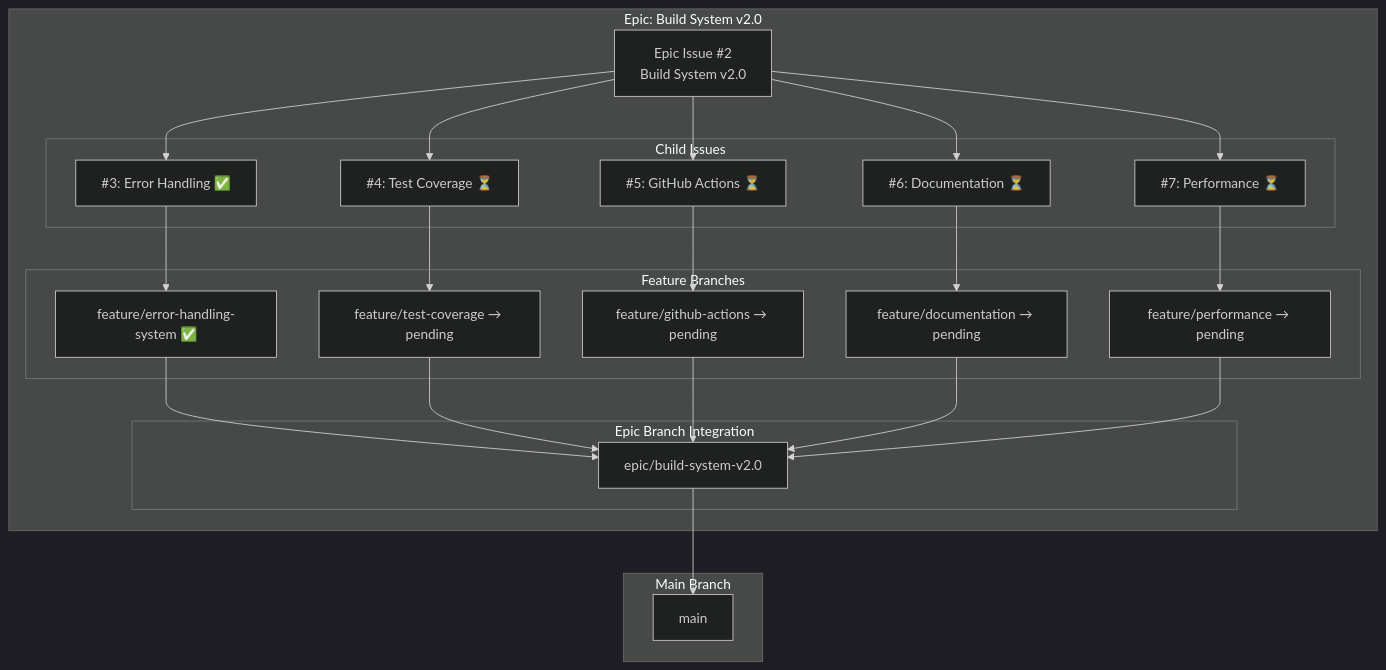
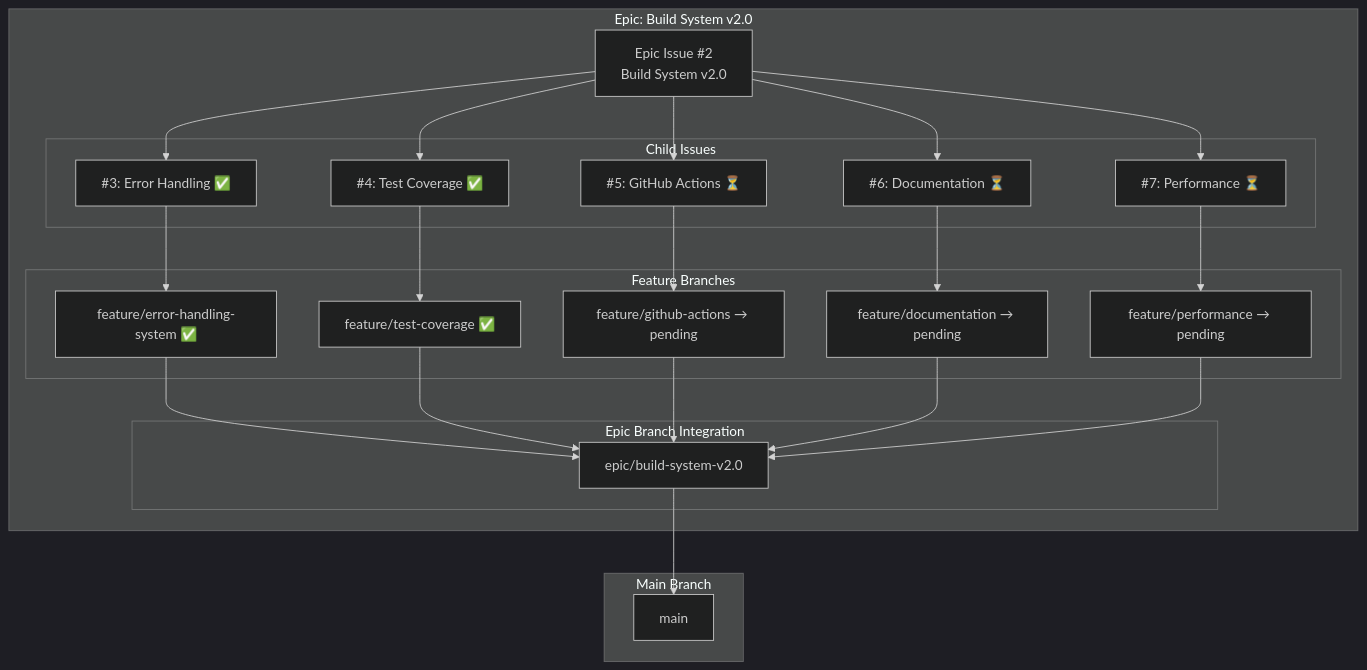
Before and after one commit to info-tech-io/hugo-templates: the first of 5 diagrams in docs/epic-progress-visual.md, drawn with Mermaid (dark theme). The commit also changed other lines of this file and 4 other files, not shown here.

````diff
--- a/docs/epic-progress-visual.md
+++ b/docs/epic-progress-visual.md
@@ -5,50 +5,50 @@
 ```mermaid
 graph TB
     subgraph "Epic: Build System v2.0"
         E[Epic Issue #2<br/>Build System v2.0]
 
         subgraph "Child Issues"
             C1[#3: Error Handling ✅]
-            C2[#4: Test Coverage ⏳]
+            C2[#4: Test Coverage ✅]
             C3[#5: GitHub Actions ⏳]
             C4[#6: Documentation ⏳]
             C5[#7: Performance ⏳]
         end
 
         subgraph "Feature Branches"
             F1[feature/error-handling-system ✅]
-            F2[feature/test-coverage → pending]
+            F2[feature/test-coverage ✅]
             F3[feature/github-actions → pending]
             F4[feature/documentation → pending]
             F5[feature/performance → pending]
         end
 
         subgraph "Epic Branch Integration"
             EB[epic/build-system-v2.0]
         end
 
         E --> C1
         E --> C2
         E --> C3
         E --> C4
         E --> C5
 
         C1 --> F1
         C2 --> F2
         C3 --> F3
         C4 --> F4
         C5 --> F5
 
         F1 --> EB
         F2 --> EB
         F3 --> EB
         F4 --> EB
         F5 --> EB
     end
 
     subgraph "Main Branch"
         M[main]
     end
 
     EB --> M
 ```
````
